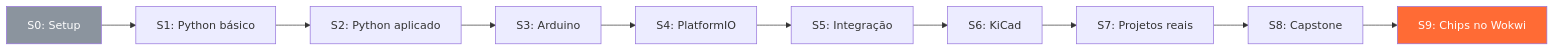
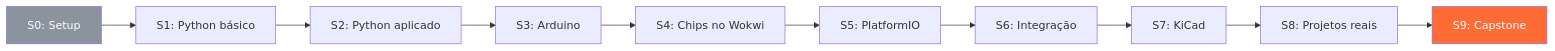
The third of 3 diagrams in docs/guia-do-aluno.md (1barizon/telemetry-trainee-program), drawn with Mermaid before and after one commit. The commit also changed 52 other files, not shown here.

````diff
--- a/docs/guia-do-aluno.md
+++ b/docs/guia-do-aluno.md
@@ -44,15 +44,15 @@
 ```mermaid
 graph LR
     S0[S0: Setup] --> S1[S1: Python básico]
     S1 --> S2[S2: Python aplicado]
     S2 --> S3[S3: Arduino]
-    S3 --> S4[S4: PlatformIO]
-    S4 --> S5[S5: Integração]
-    S5 --> S6[S6: KiCad]
-    S6 --> S7[S7: Projetos reais]
-    S7 --> S8[S8: Capstone]
-    S8 --> S9[S9: Chips no Wokwi]
+    S3 --> S4[S4: Chips no Wokwi]
+    S4 --> S5[S5: PlatformIO]
+    S5 --> S6[S6: Integração]
+    S6 --> S7[S7: KiCad]
+    S7 --> S8[S8: Projetos reais]
+    S8 --> S9[S9: Capstone]
     
     style S0 fill:#8b949e,color:#fff
     style S9 fill:#ff6b35,color:#fff
 ```
````
